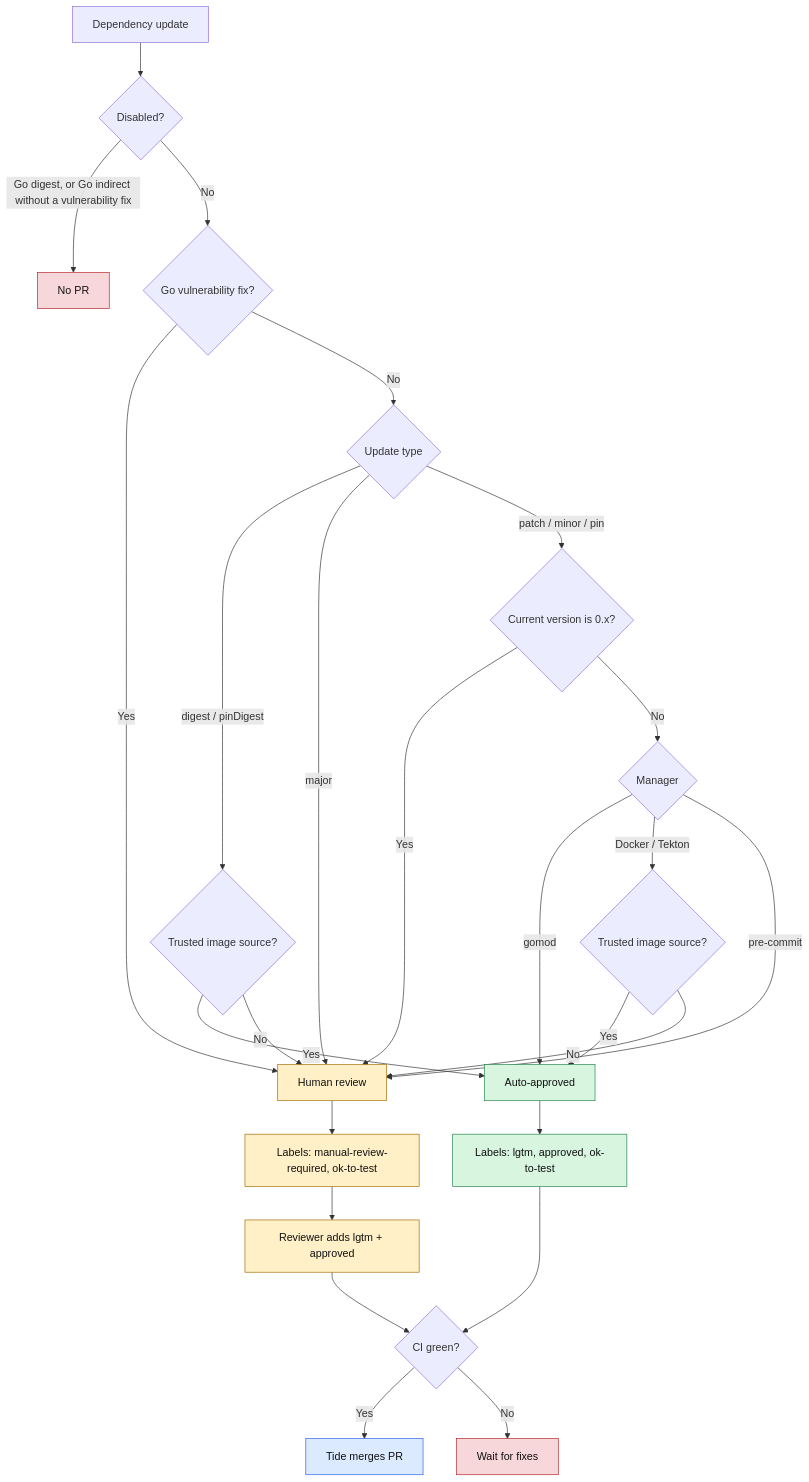
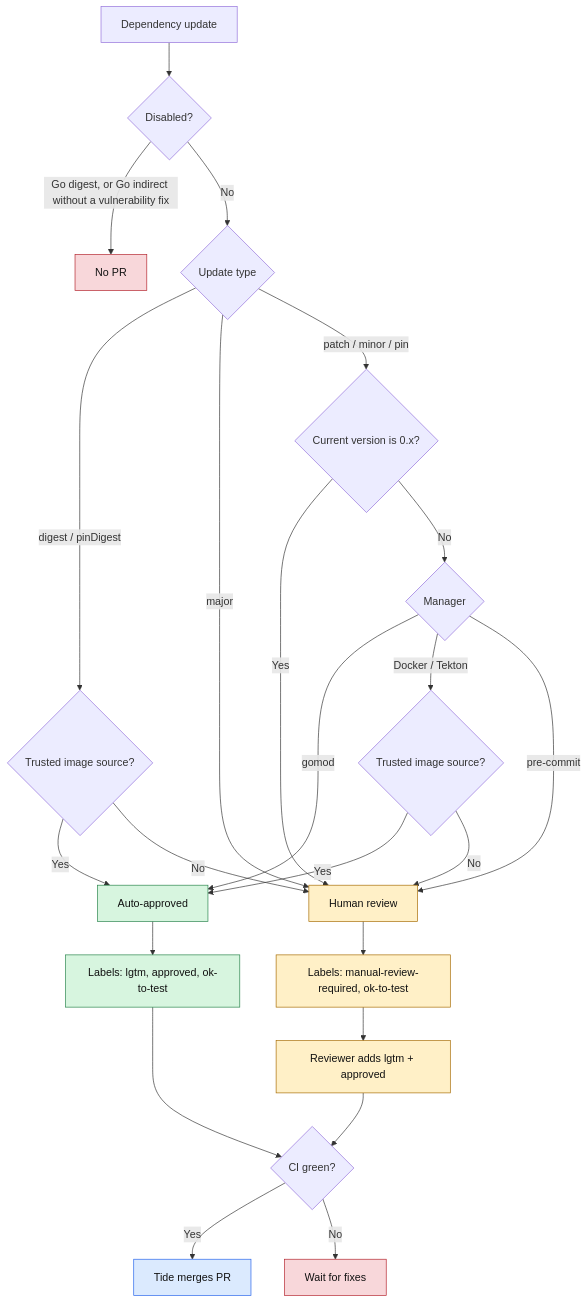
One commit to openshift-hyperfleet/renovate-config changed the diagram in README.md. Above: the diagram before and after it, drawn with Mermaid. The commit also changed other lines of this file and 1 other file, not shown here.

Commit message:
HYPERFLEET-1935 - fix: follow the Go update type for vulnerability fixes

````diff
--- a/README.md
+++ b/README.md
@@ -49,46 +49,43 @@
 ```mermaid
 flowchart TD
     U["Dependency update"] --> D{"Disabled?"}
 
     D -->|"Go digest, or Go indirect without a vulnerability fix"| N["No PR"]
-    D -->|"No"| V{"Go vulnerability fix?"}
-
-    V -->|"Yes"| H
-    V -->|"No"| T{"Update type"}
+    D -->|"No"| T{"Update type"}
 
     T -->|"digest / pinDigest"| S{"Trusted image source?"}
     S -->|"Yes"| A["Auto-approved"]
     S -->|"No"| H["Human review"]
 
     T -->|"major"| H
     T -->|"patch / minor / pin"| Z{"Current version is 0.x?"}
 
     Z -->|"Yes"| H
     Z -->|"No"| M{"Manager"}
 
     M -->|"gomod"| A
     M -->|"Docker / Tekton"| DS{"Trusted image source?"}
     M -->|"pre-commit"| H
 
     DS -->|"Yes"| A
     DS -->|"No"| H
 
     A --> AL["Labels: lgtm, approved, ok-to-test"]
     H --> HL["Labels: manual-review-required, ok-to-test"]
     HL --> R["Reviewer adds lgtm + approved"]
 
     AL --> CI{"CI green?"}
     R --> CI
     CI -->|"Yes"| TM["Tide merges PR"]
     CI -->|"No"| W["Wait for fixes"]
 
     classDef approve fill:#d7f5df,stroke:#26834a,color:#111;
     classDef review fill:#fff0c7,stroke:#a66b00,color:#111;
     classDef stop fill:#f8d7da,stroke:#b4232c,color:#111;
     classDef merge fill:#dbeafe,stroke:#2563eb,color:#111;
 
     class A,AL approve;
     class H,HL,R review;
     class N,W stop;
     class TM merge;
 ```
````
